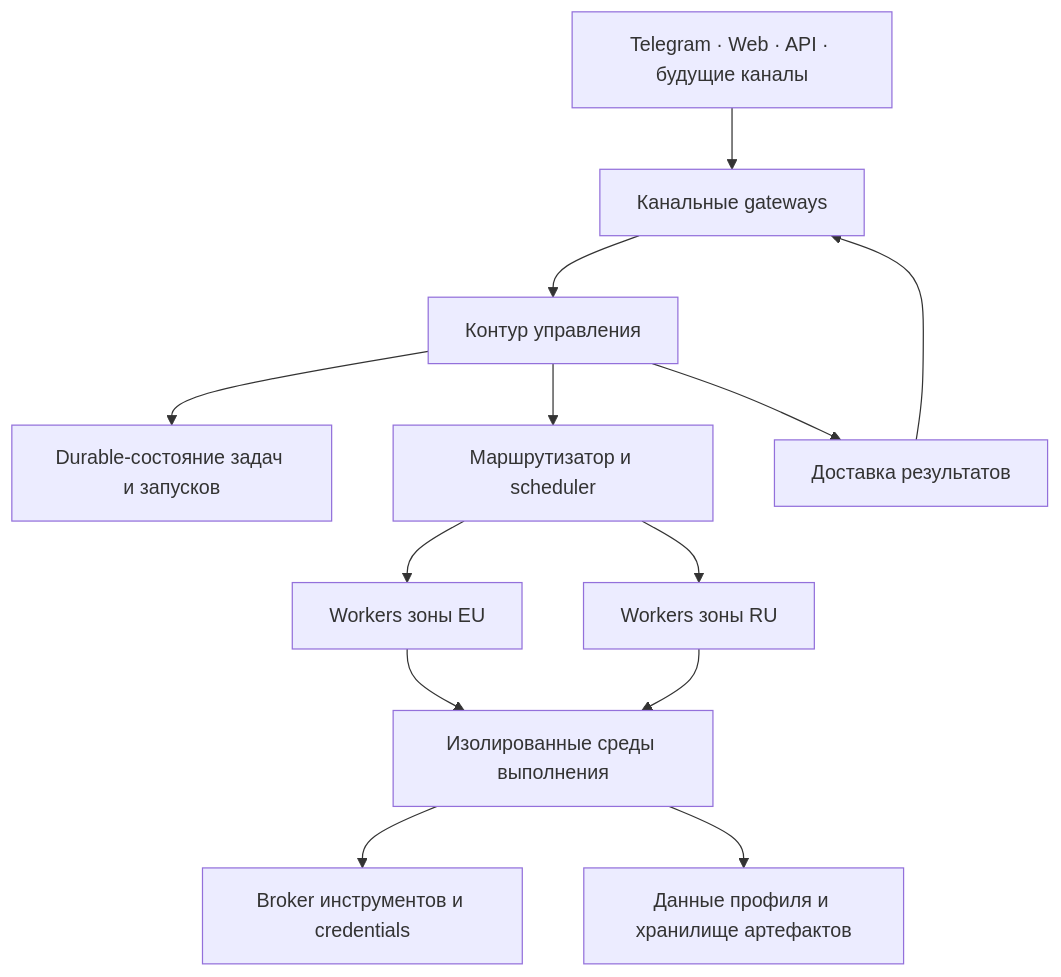
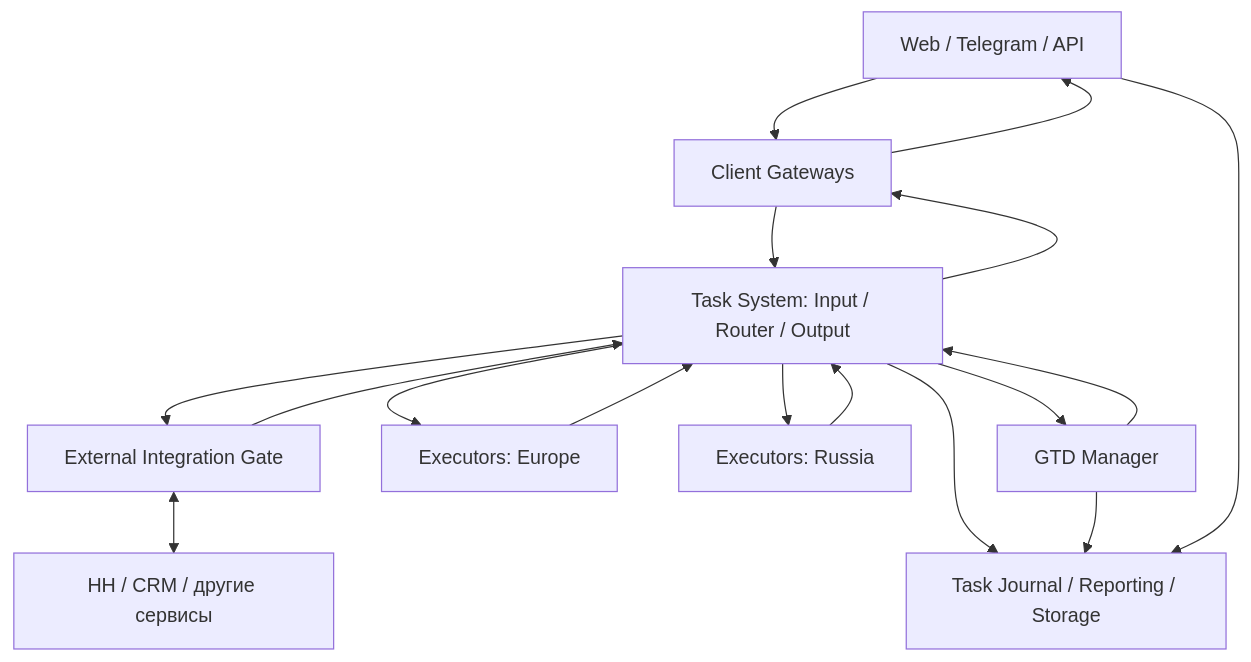
Before and after one commit to trained-assist/trained-agent-architecture: the first of 3 diagrams in ARCHITECTURE.md, drawn with Mermaid. The commit also changed other lines of this file, not shown here.

Commit message:
docs: consolidate task, GTD, integration and repository architecture v0.3

````diff
--- a/ARCHITECTURE.md
+++ b/ARCHITECTURE.md
@@ -52,15 +15,19 @@
 ```mermaid
 flowchart TD
-  A["Telegram · Web · API · будущие каналы"] --> G["Канальные gateways"]
-  G --> C["Контур управления"]
-  C --> S["Durable-состояние задач и запусков"]
-  C --> R["Маршрутизатор и scheduler"]
-  R --> E["Workers зоны EU"]
-  R --> U["Workers зоны RU"]
-  E --> X["Изолированные среды выполнения"]
-  U --> X
-  X --> B["Broker инструментов и credentials"]
-  X --> P["Данные профиля и хранилище артефактов"]
-  C --> D["Доставка результатов"]
-  D --> G
+  C["Web / Telegram / API"] --> G["Client Gateways"]
+  G --> T["Task System: Input / Router / Output"]
+  E["External Integration Gate"] --> T
+  T --> E
+  E <--> X["HH / CRM / другие сервисы"]
+  T --> EU["Executors: Europe"]
+  T --> RU["Executors: Russia"]
+  EU --> T
+  RU --> T
+  T --> G
+  G --> C
+  D["GTD Manager"] --> T
+  T --> D
+  T --> S["Task Journal / Reporting / Storage"]
+  D --> S
+  C --> S
 ```
````
